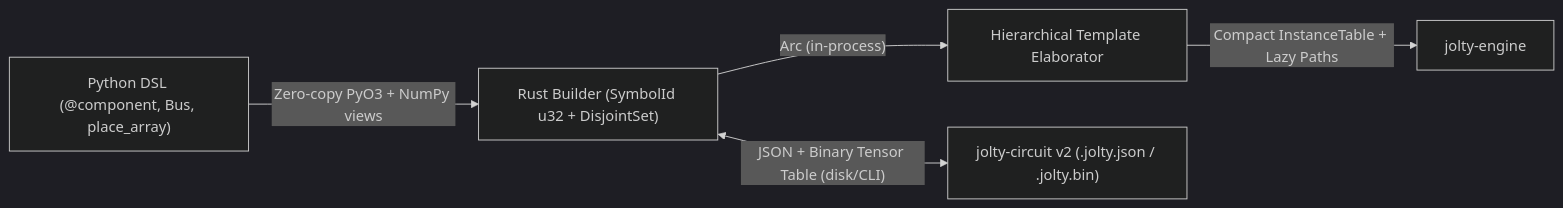
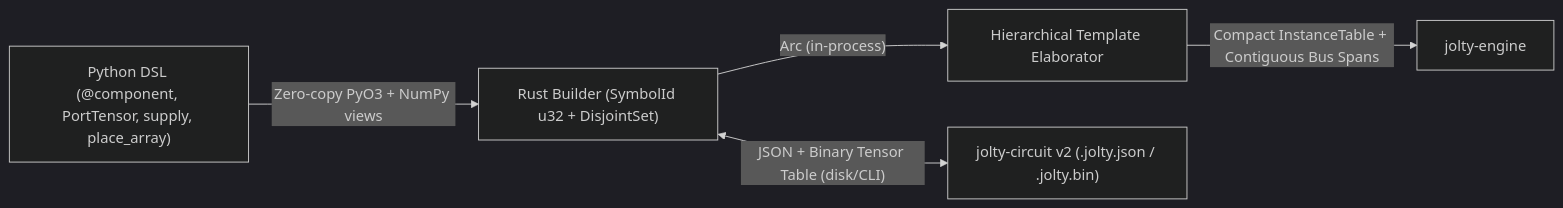
One commit to maxencefaldor/jolty changed the first of 4 diagrams in SCALING.md. Above: the diagram before and after it, drawn with Mermaid (dark theme). The commit also changed other lines of this file, not shown here.

Commit message:
Expand SCALING.md with N-D tensor buses, scoped rails, vectorized stimuli, and reverse-mode adjoint ML bridge

````diff
--- a/SCALING.md
+++ b/SCALING.md
@@ -48,7 +51,7 @@
 ```mermaid
 flowchart LR
-    PyDSL["Python DSL (@component, Bus, place_array)"] -->|"Zero-copy PyO3 + NumPy views"| RustBuilder["Rust Builder (SymbolId u32 + DisjointSet)"]
+    PyDSL["Python DSL (@component, PortTensor, supply, place_array)"] -->|"Zero-copy PyO3 + NumPy views"| RustBuilder["Rust Builder (SymbolId u32 + DisjointSet)"]
     RustBuilder -->|"Arc<Circuit> (in-process)"| ModElab["Hierarchical Template Elaborator"]
     RustBuilder <-->|"JSON + Binary Tensor Table (disk/CLI)"| Disk["jolty-circuit v2 (.jolty.json / .jolty.bin)"]
-    ModElab -->|"Compact InstanceTable + Lazy Paths"| Engine["jolty-engine"]
+    ModElab -->|"Compact InstanceTable + Contiguous Bus Spans"| Engine["jolty-engine"]
 ```
````
